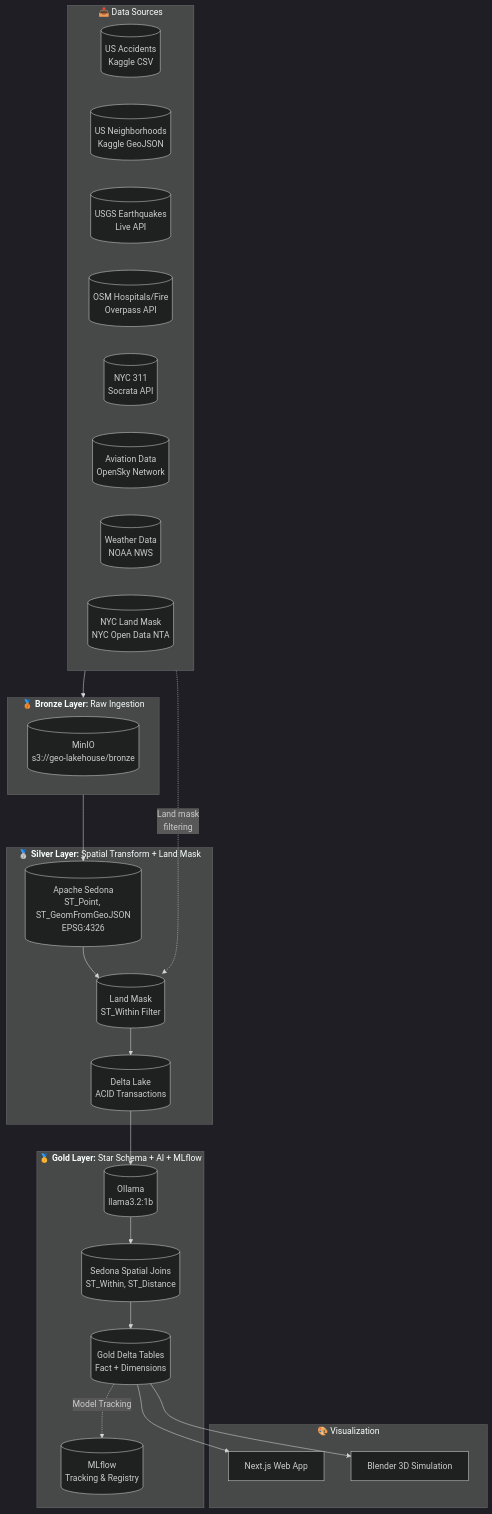
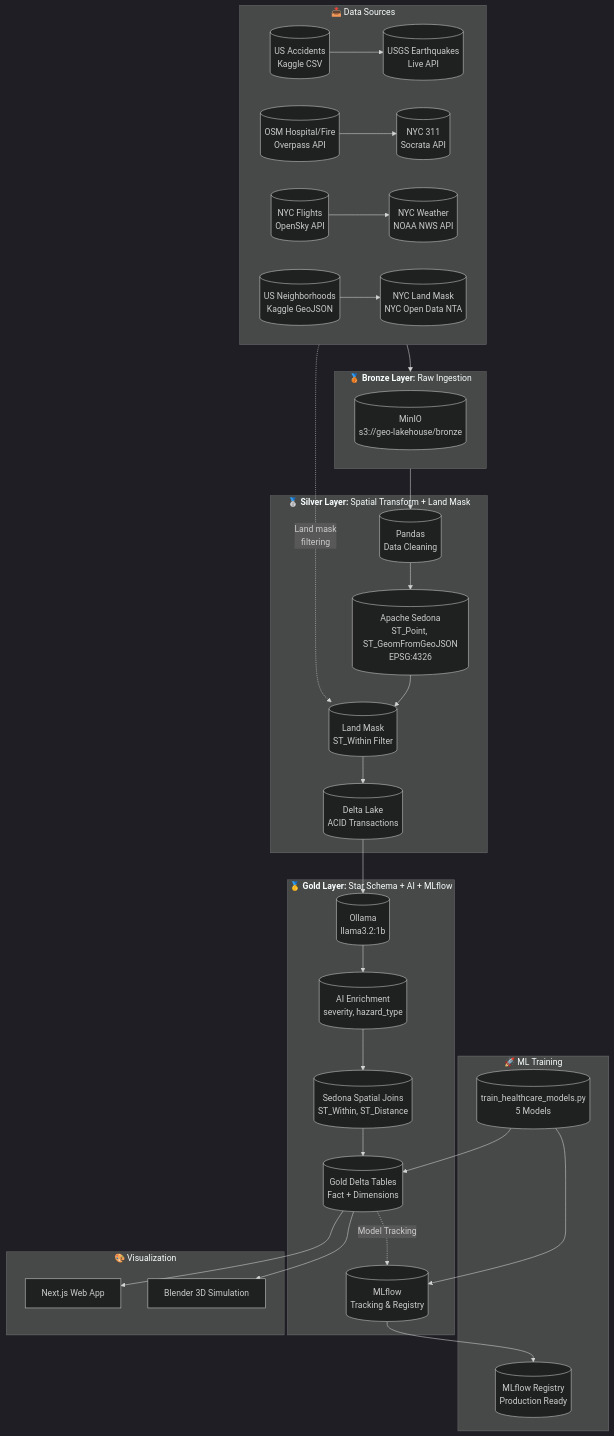
One commit to matiasmagni/geo-ai-medallion-architecture-pipeline changed the first of 7 diagrams in README.md. Above: the diagram before and after it, drawn with Mermaid (dark theme). The commit also changed other lines of this file, not shown here.

First line of the commit message:
Update README with all 8 data sources, 5 ML models, 102 tests, troubleshooting

````diff
--- a/README.md
+++ b/README.md
@@ -39,48 +39,55 @@
 ```mermaid
 flowchart TB
     subgraph Sources["📥 Data Sources"]
         direction LR
-        S1[("US Accidents<br/>Kaggle CSV")]
-        S2[("US Neighborhoods<br/>Kaggle GeoJSON")]
-        S3[("USGS Earthquakes<br/>Live API")]
-        S4[("OSM Hospitals/Fire<br/>Overpass API")]
-        S5[("NYC 311<br/>Socrata API")]
-        S6[("Aviation Data<br/>OpenSky Network")]
-        S7[("Weather Data<br/>NOAA NWS")]
-        S8[("NYC Land Mask<br/>NYC Open Data NTA")]
+        S1[("US Accidents<br/>Kaggle CSV")] --> S2[("USGS Earthquakes<br/>Live API")]
+        S3[("OSM Hospital/Fire<br/>Overpass API")] --> S4[("NYC 311<br/>Socrata API")]
+        S5[("NYC Flights<br/>OpenSky API")] --> S6[("NYC Weather<br/>NOAA NWS API")]
+        S7[("US Neighborhoods<br/>Kaggle GeoJSON")] --> S8[("NYC Land Mask<br/>NYC Open Data NTA")]
     end
     
     subgraph Bronze["<b>🥉 Bronze Layer:</b> Raw Ingestion"]
         B[("MinIO<br/>s3://geo-lakehouse/bronze")]
     end
     
     subgraph Silver["<b>🥈 Silver Layer:</b> Spatial Transform + Land Mask"]
         ST[("Apache Sedona<br/>ST_Point, ST_GeomFromGeoJSON<br/>EPSG:4326")]
+        PANDAS[("Pandas<br/>Data Cleaning")]
         Mask[("Land Mask<br/>ST_Within Filter")]
         SDelta[("Delta Lake<br/>ACID Transactions")]
     end
     
     subgraph Gold["<b>🥇 Gold Layer:</b> Star Schema + AI + MLflow"]
         Ollama[("Ollama<br/>llama3.2:1b")]
+        AI[("AI Enrichment<br/>severity, hazard_type")]
         SJ[("Sedona Spatial Joins<br/>ST_Within, ST_Distance")]
         GF[("Gold Delta Tables<br/>Fact + Dimensions")]
-        MLflow[("MLflow<br/>Tracking & Registry")]
+        ML[("MLflow<br/>Tracking & Registry")]
+    end
+    
+    subgraph Training["🚀 ML Training"]
+        T[("train_healthcare_models.py<br/>5 Models")]
+        T --> ML
+        ML --> MR[("MLflow Registry<br/>Production Ready")]
     end
     
     subgraph Viz["🎨 Visualization"]
         WA["Next.js Web App"]
         B3D["Blender 3D Simulation"]
     end
     
     Sources --> Bronze
-    Bronze --> ST
+    Bronze --> PANDAS
+    PANDAS --> ST
     ST --> Mask
     S8 -.->|Land mask<br/>filtering| Mask
     Mask --> SDelta
     SDelta --> Ollama
-    Ollama --> SJ
+    Ollama --> AI
+    AI --> SJ
     SJ --> GF
-    GF -.->|Model Tracking| MLflow
+    GF -.->|Model Tracking| ML
     GF --> WA
     GF --> B3D
+    T --> GF
 ```
````
